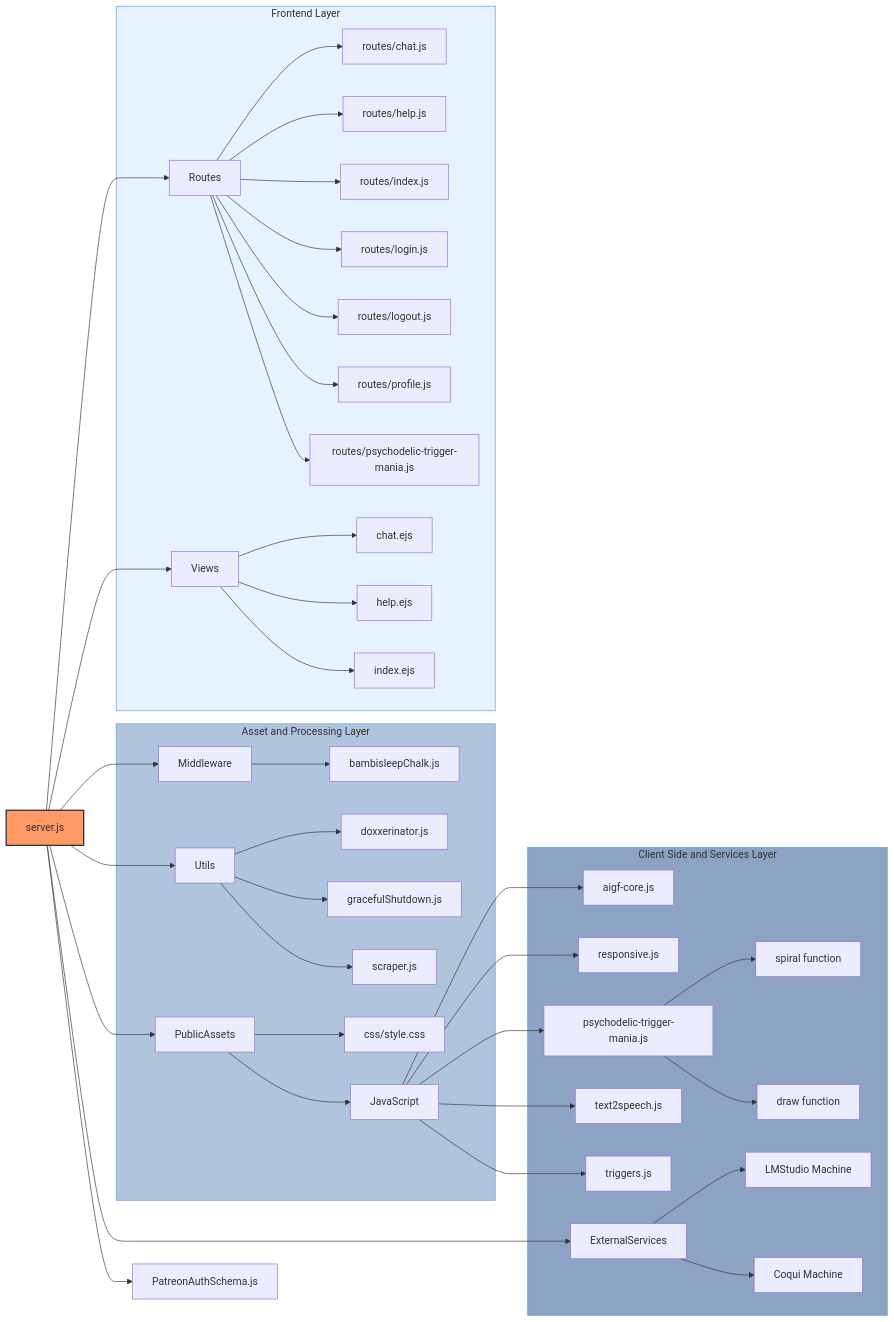
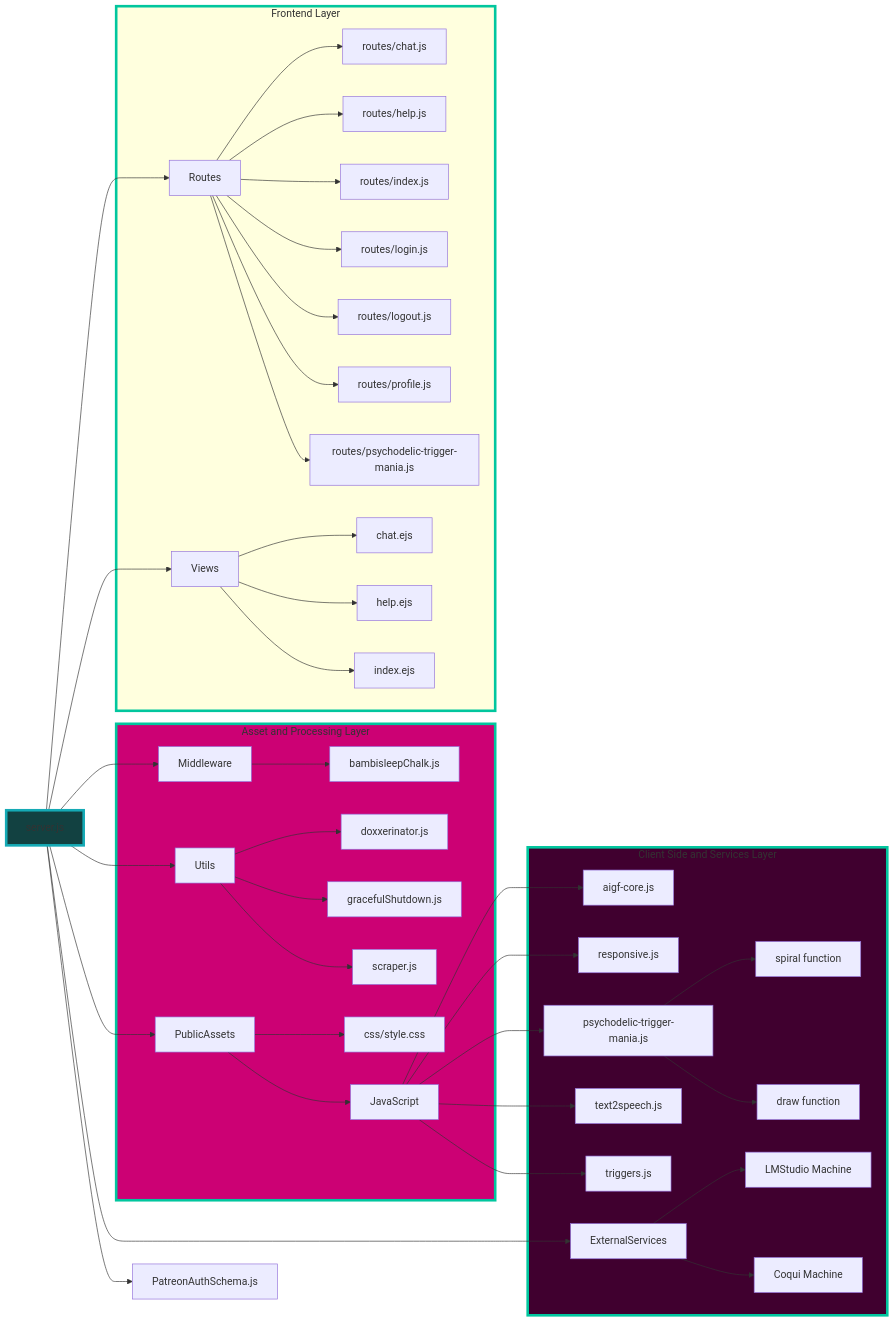
The second of 2 diagrams in README.md (HarleyVader/js-bambisleep-chat), drawn with Mermaid before and after one commit.

````diff
--- a/README.md
+++ b/README.md
@@ -277,63 +277,63 @@
 ```mermaid
 graph LR
     %% Main Server Node in center
     Server[server.js] --> Routes
     Server --> Views
     Server --> Middleware
     Server --> Utils
     Server --> PublicAssets
     Server --> ExternalServices
     Server --> PatreonAuth[PatreonAuthSchema.js]
 
     %% Top Row - Routes and Views
     subgraph FrontendLayer["Frontend Layer"]
         Routes --> RouteChat[routes/chat.js]
         Routes --> RouteHelp[routes/help.js] 
         Routes --> RouteIndex[routes/index.js]
         Routes --> RouteLogin[routes/login.js]
         Routes --> RouteLogout[routes/logout.js]
         Routes --> RouteProfile[routes/profile.js]
         Routes --> RoutePTM[routes/psychodelic-trigger-mania.js]
 
         Views --> ViewChat[chat.ejs]
         Views --> ViewHelp[help.ejs] 
         Views --> ViewIndex[index.ejs]
     end
 
     %% Middle Row - Assets and Processing
     subgraph AssetLayer["Asset and Processing Layer"]
         PublicAssets --> CSS[css/style.css]
         PublicAssets --> JavaScript
 
         Middleware --> BambisleepChalk[bambisleepChalk.js]
         
         Utils --> Doxxerinator[doxxerinator.js]
         Utils --> GracefulShutdown[gracefulShutdown.js]
         Utils --> Scraper[scraper.js]
     end
 
     %% Bottom Row - Client-side JS and External Services
     subgraph ClientLayer["Client Side and Services Layer"]
         JavaScript --> AIGFCore[aigf-core.js]
         JavaScript --> Responsive[responsive.js]
         JavaScript --> PTMScript[psychodelic-trigger-mania.js]
         JavaScript --> Text2Speech[text2speech.js]
         JavaScript --> Triggers[triggers.js]
 
         PTMScript --> SpiralFunction[spiral function]
         PTMScript --> DrawFunction[draw function]
         
         ExternalServices --> LMStudio[LMStudio Machine]
         ExternalServices --> Coqui[Coqui Machine]
     end
 
-    classDef serverNode fill:#f96,stroke:#333,stroke-width:2px
-    classDef frontendLayerStyle fill:#e6f3ff,stroke:#6699cc,stroke-width:1px
-    classDef assetLayerStyle fill:#b0c4de,stroke:#6699cc,stroke-width:1px
-    classDef clientLayerStyle fill:#8ca3c3,stroke:#6699cc,stroke-width:1px
+    classDef serverNode fill:#124141,stroke:#15aab5,stroke-width:4px
+    classDef frontendLayerStyle fill:##df0471,stroke:#01c69e,stroke-width:4px
+    classDef assetLayerStyle fill:#cc0174,stroke:#01c69e,stroke-width:4px
+    classDef clientLayerStyle fill:#40002f,stroke:#01c69e,stroke-width:4px
     
     class Server serverNode
     class FrontendLayer frontendLayerStyle
     class AssetLayer assetLayerStyle
     class ClientLayer clientLayerStyle
 ```
````
